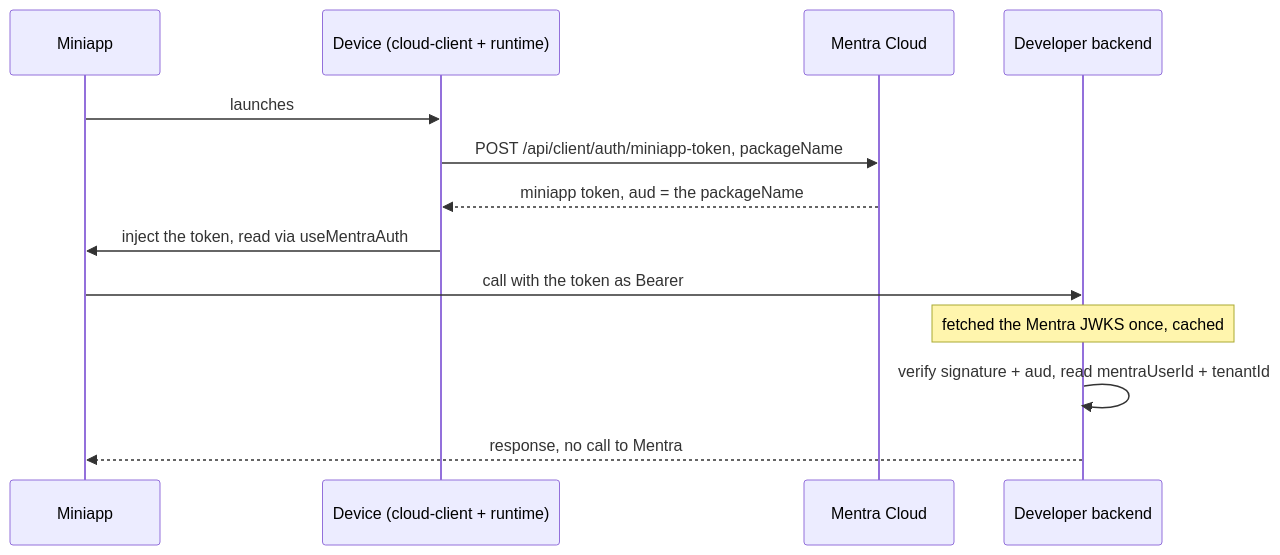
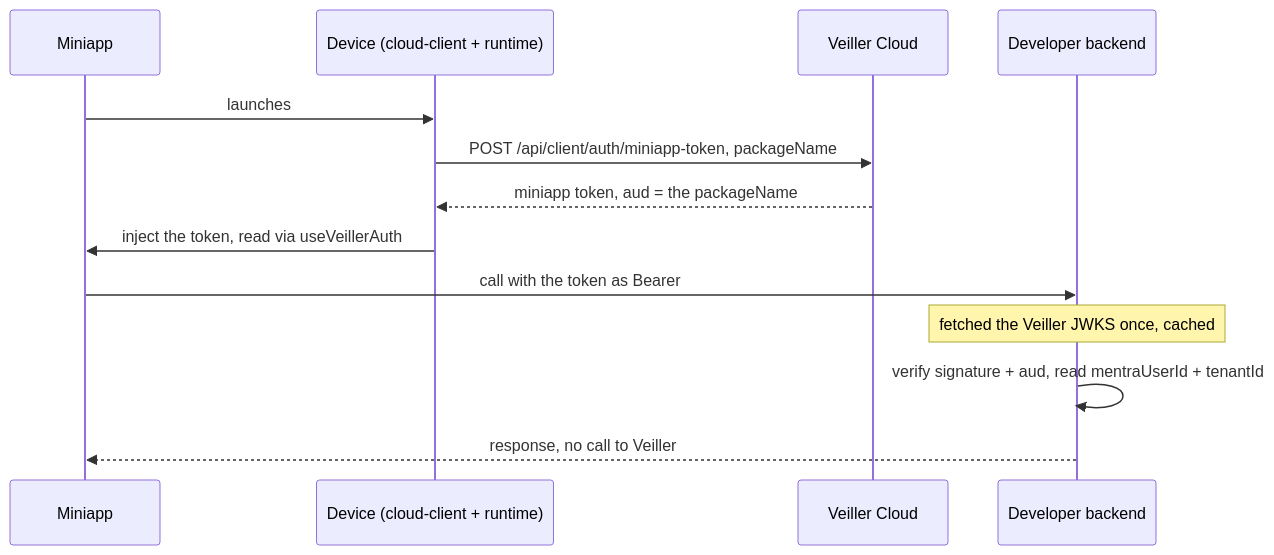
One commit to xerktech/Veiller changed the second of 2 diagrams in cloud-v2/docs/issues/001-cloud-core/auth/concepts.md. Above: the diagram before and after it, drawn with Mermaid. The commit also changed other lines of this file and 2317 other files, not shown here.

````diff
--- a/cloud-v2/docs/issues/001-cloud-core/auth/concepts.md
+++ b/cloud-v2/docs/issues/001-cloud-core/auth/concepts.md
@@ -286,15 +286,15 @@
 ```mermaid
 sequenceDiagram
     participant App as Miniapp
     participant CC as Device (cloud-client + runtime)
-    participant Mentra as Mentra Cloud
+    participant Veiller as Veiller Cloud
     participant Backend as Developer backend
     App->>CC: launches
-    CC->>Mentra: POST /api/client/auth/miniapp-token, packageName
-    Mentra-->>CC: miniapp token, aud = the packageName
-    CC->>App: inject the token, read via useMentraAuth
+    CC->>Veiller: POST /api/client/auth/miniapp-token, packageName
+    Veiller-->>CC: miniapp token, aud = the packageName
+    CC->>App: inject the token, read via useVeillerAuth
     App->>Backend: call with the token as Bearer
-    Note over Backend: fetched the Mentra JWKS once, cached
+    Note over Backend: fetched the Veiller JWKS once, cached
     Backend->>Backend: verify signature + aud, read mentraUserId + tenantId
-    Backend-->>App: response, no call to Mentra
+    Backend-->>App: response, no call to Veiller
 ```
````
